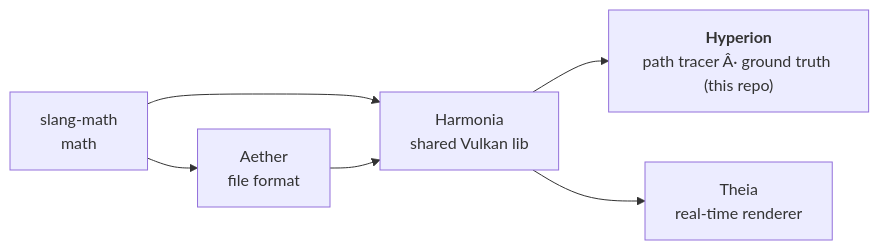
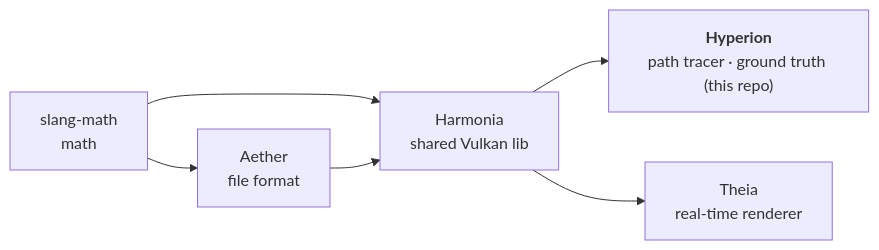
The diagram in AGENTS.md (McNopper/Hyperion), drawn with Mermaid before and after one commit. The commit also changed other lines of this file and 1 other file, not shown here.

Commit message:
docs: encoding repair + architecture-gate comment rewording

````diff
--- a/AGENTS.md
+++ b/AGENTS.md
@@ -33,8 +33,8 @@
 ```mermaid
 flowchart LR
     SM["slang-math<br/>math"] --> A["Aether<br/>file format"]
     SM --> H
     A --> H["Harmonia<br/>shared Vulkan lib"]
-    H --> Hy["<b>Hyperion</b><br/>path tracer Â· ground truth (this repo)"]
+    H --> Hy["<b>Hyperion</b><br/>path tracer · ground truth (this repo)"]
     H --> T["Theia<br/>real-time renderer"]
 ```
````
